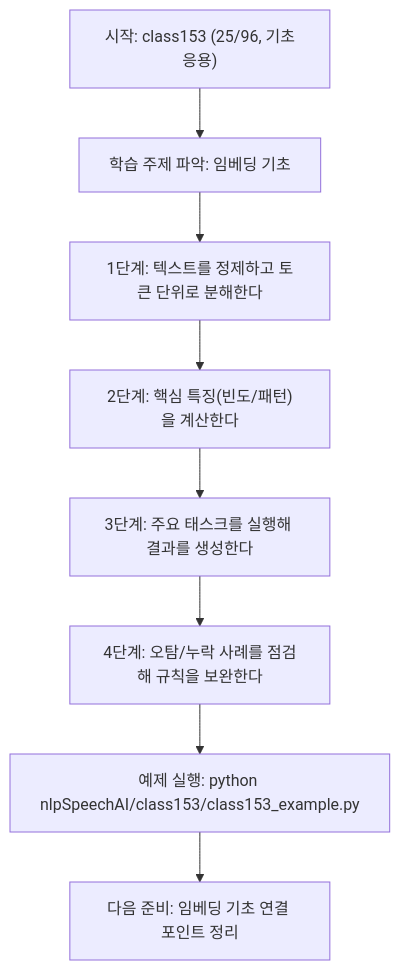
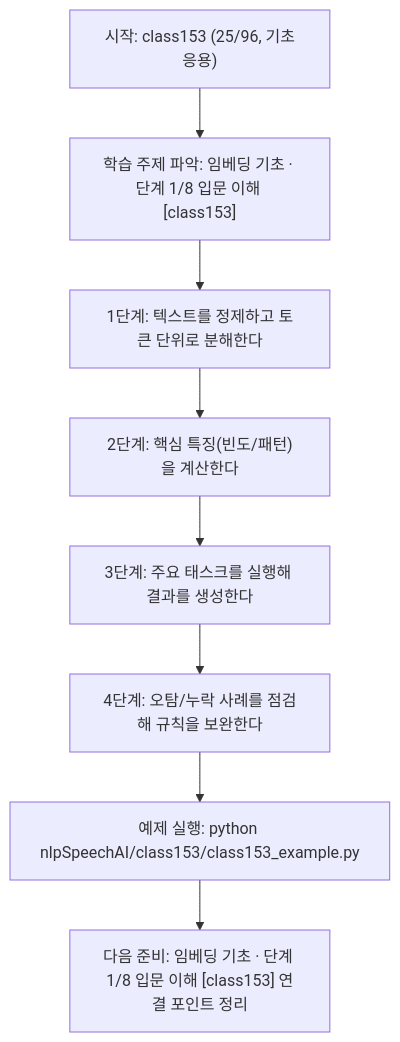
One commit to edumgt/Python-AI_Agent-Class changed the diagram in nlpSpeechAI/class153/class153.md. Above: the diagram before and after it, drawn with Mermaid. The commit also changed other lines of this file and 522 other files, not shown here.

````diff
--- a/nlpSpeechAI/class153/class153.md
+++ b/nlpSpeechAI/class153/class153.md
@@ -112,18 +113,18 @@
 ```mermaid
 flowchart TD
 N1["시작: class153 (25/96, 기초응용)"]
-N2["학습 주제 파악: 임베딩 기초"]
+N2["학습 주제 파악: 임베딩 기초 · 단계 1/8 입문 이해 [class153]"]
 N3["1단계: 텍스트를 정제하고 토큰 단위로 분해한다"]
 N4["2단계: 핵심 특징(빈도/패턴)을 계산한다"]
 N5["3단계: 주요 태스크를 실행해 결과를 생성한다"]
 N6["4단계: 오탐/누락 사례를 점검해 규칙을 보완한다"]
 N7["예제 실행: python nlpSpeechAI/class153/class153_example.py"]
-N8["다음 준비: 임베딩 기초 연결 포인트 정리"]
+N8["다음 준비: 임베딩 기초 · 단계 1/8 입문 이해 [class153] 연결 포인트 정리"]
 N1 --> N2
 N2 --> N3
 N3 --> N4
 N4 --> N5
 N5 --> N6
 N6 --> N7
 N7 --> N8
 ```
````
